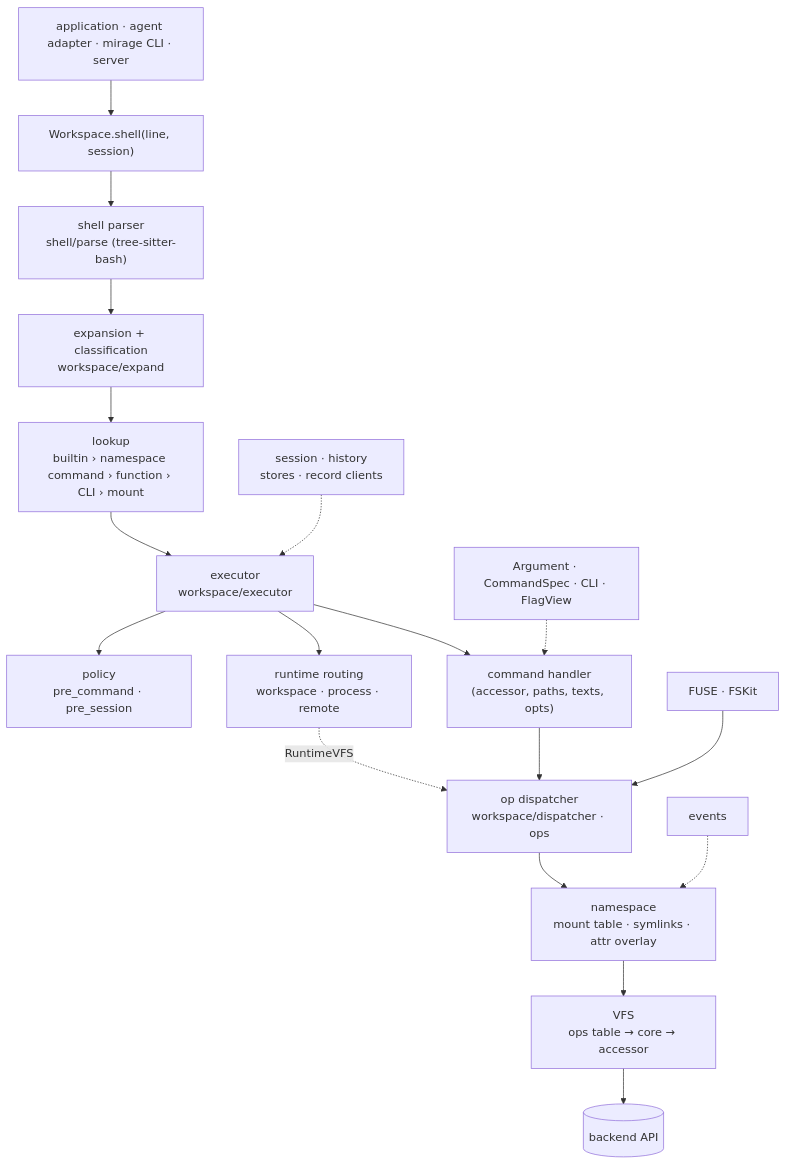
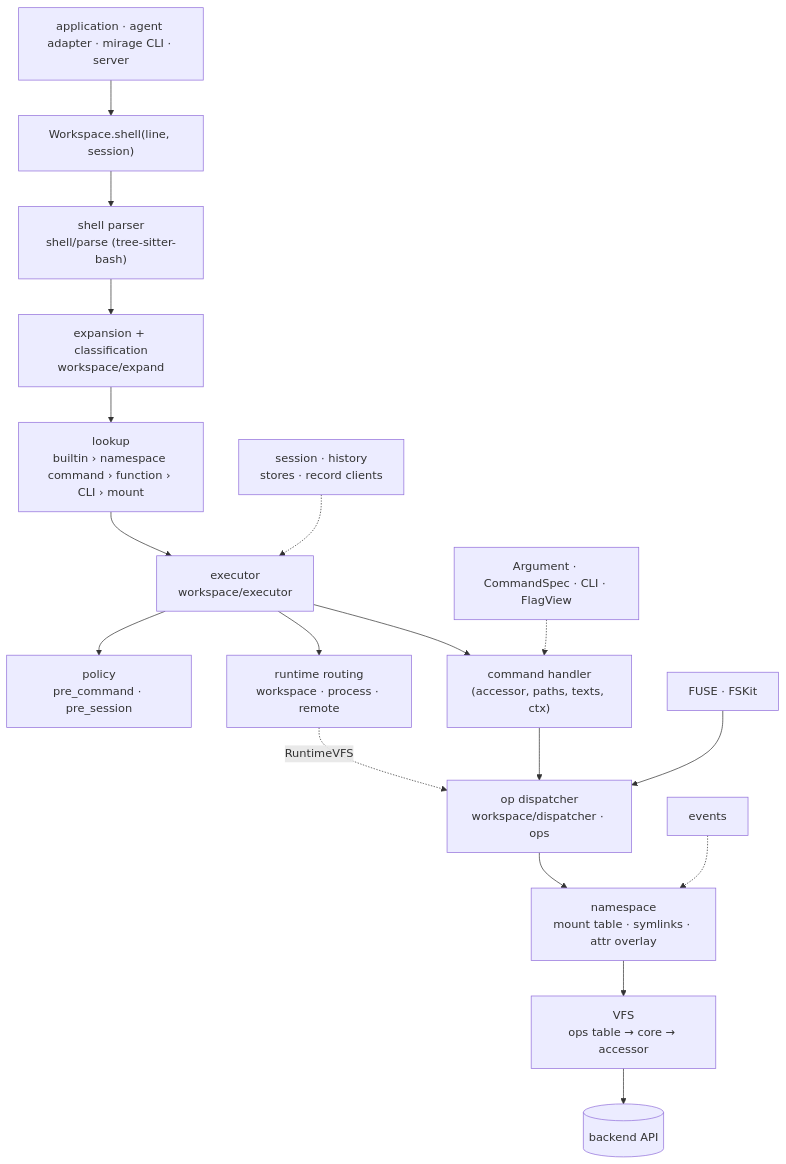
The first of 2 diagrams in CLAUDE.md (bytecii/mirage), drawn with Mermaid before and after one commit. The commit also changed other lines of this file and 851 other files, not shown here.

````diff
--- a/CLAUDE.md
+++ b/CLAUDE.md
@@ -219,20 +221,20 @@
 ```mermaid
 flowchart TD
     App["application · agent adapter · mirage CLI · server"] --> WS["Workspace.shell(line, session)"]
     WS --> Parse["shell parser<br/>shell/parse (tree-sitter-bash)"]
     Parse --> Expand["expansion + classification<br/>workspace/expand"]
     Expand --> Lookup["lookup<br/>builtin › namespace command › function › CLI › mount"]
     Lookup --> Exec["executor<br/>workspace/executor"]
     Exec --> Policy["policy<br/>pre_command · pre_session"]
     Exec --> Runtime["runtime routing<br/>workspace · process · remote"]
-    Exec --> Handler["command handler<br/>(accessor, paths, texts, opts)"]
+    Exec --> Handler["command handler<br/>(accessor, paths, texts, ctx)"]
     Spec["Argument · CommandSpec · CLI · FlagView"] -.-> Handler
     Handler --> Dispatch["op dispatcher<br/>workspace/dispatcher · ops"]
     Runtime -. RuntimeVFS .-> Dispatch
     FUSE["FUSE · FSKit"] --> Dispatch
     Dispatch --> NS["namespace<br/>mount table · symlinks · attr overlay"]
     NS --> VFS["VFS<br/>ops table → core → accessor"]
     VFS --> Backend[("backend API")]
     Events["events"] -.-> NS
     Session["session · history<br/>stores · record clients"] -.-> Exec
 ```
````
